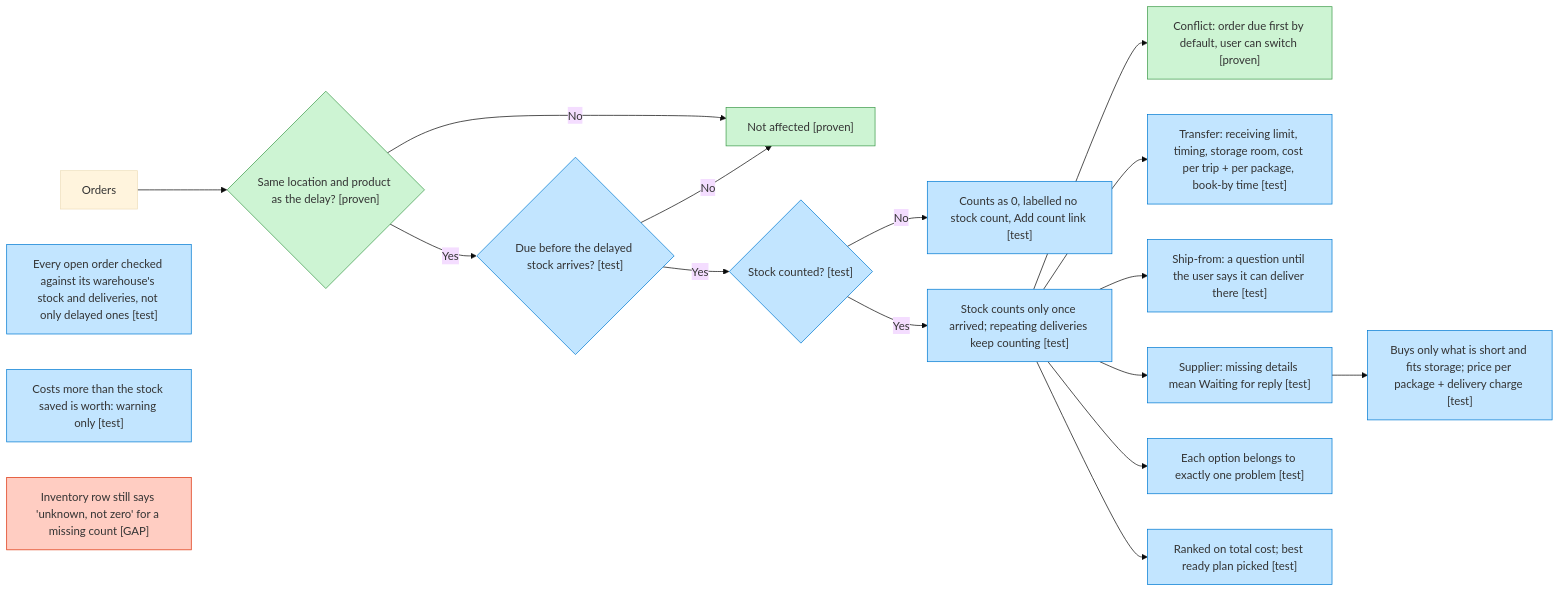
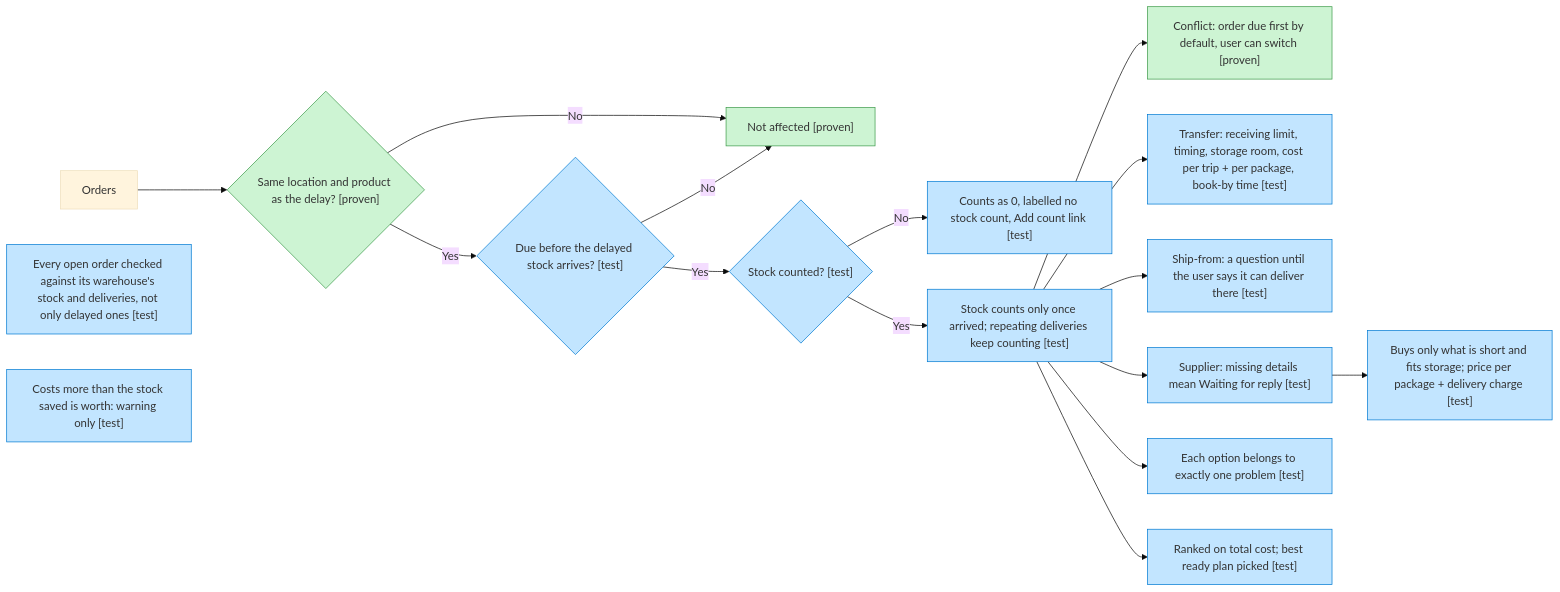
The fourth of 7 diagrams in docs/07-bug-map.md (gouravhanumante/rehearsal-ai-builder-cup), drawn with Mermaid (base theme) before and after one commit. The commit also changed 3 other files, not shown here.

Commit message:
Inventory says a missing count counts as 0; behaviour doc says a record-changing approval clears the approval mark

````diff
--- a/docs/07-bug-map.md
+++ b/docs/07-bug-map.md
@@ -83,27 +83,23 @@
 ```mermaid
 flowchart LR
   o["Orders"] --> loc{"Same location and product as the delay? [proven]"}
   loc -->|"No"| na["Not affected [proven]"]
   loc -->|"Yes"| due{"Due before the delayed stock arrives? [test]"}
   due -->|"No"| na
   due -->|"Yes"| st{"Stock counted? [test]"}
   st -->|"No"| unk["Counts as 0, labelled no stock count, Add count link [test]"]
   st -->|"Yes"| al["Stock counts only once arrived; repeating deliveries keep counting [test]"]
   all["Every open order checked against its warehouse's stock and deliveries, not only delayed ones [test]"]
   al --> cf["Conflict: order due first by default, user can switch [proven]"]
   al --> tr["Transfer: receiving limit, timing, storage room, cost per trip + per package, book-by time [test]"]
   al --> sf["Ship-from: a question until the user says it can deliver there [test]"]
   al --> sup["Supplier: missing details mean Waiting for reply [test]"]
   sup --> buy["Buys only what is short and fits storage; price per package + delivery charge [test]"]
   al --> grp["Each option belongs to exactly one problem [test]"]
   al --> rec["Ranked on total cost; best ready plan picked [test]"]
   worth["Costs more than the stock saved is worth: warning only [test]"]
-  inv["Inventory row still says 'unknown, not zero' for a missing count [GAP]"]
   classDef proven fill:#CDF4D3,stroke:#3E9B4B
   classDef test fill:#C2E5FF,stroke:#007AD2
-  classDef manual fill:#FFECBD,stroke:#E8A302
-  classDef gap fill:#FFCDC2,stroke:#DC3009
   class loc,na,cf proven
   class due,st,unk,al,all,tr,sf,sup,buy,grp,rec,worth test
-  class inv gap
 ```
````
